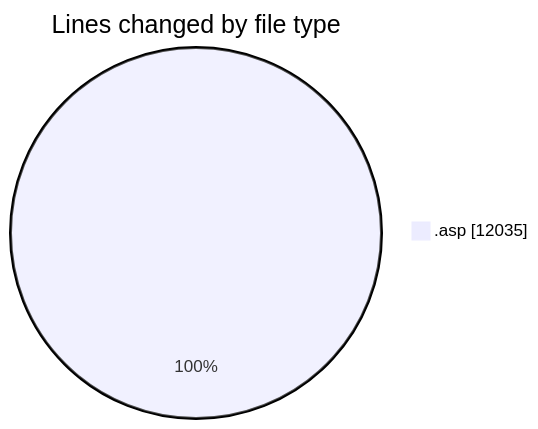
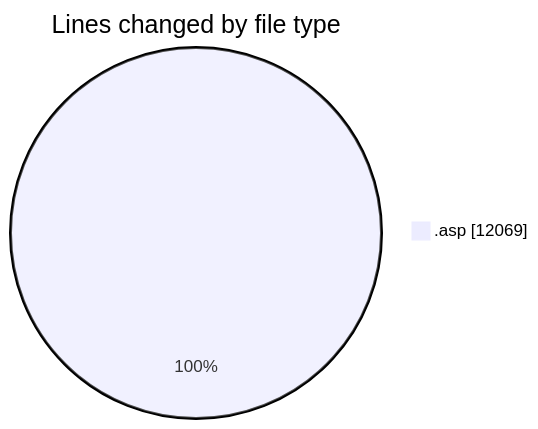
Before and after one commit to julien-gomy/code-tracking: the first of 2 diagrams in 2025-10-30/cdp_aleoudev_fr__workspace_/README.md, drawn with Mermaid. The commit also changed other lines of this file and 1 other file, not shown here.

````diff
--- a/2025-10-30/cdp_aleoudev_fr__workspace_/README.md
+++ b/2025-10-30/cdp_aleoudev_fr__workspace_/README.md
@@ -30,5 +30,5 @@
 ```mermaid
 pie showData
 title Lines changed by file type
-".asp" : 12035
+".asp" : 12069
 ```
````
